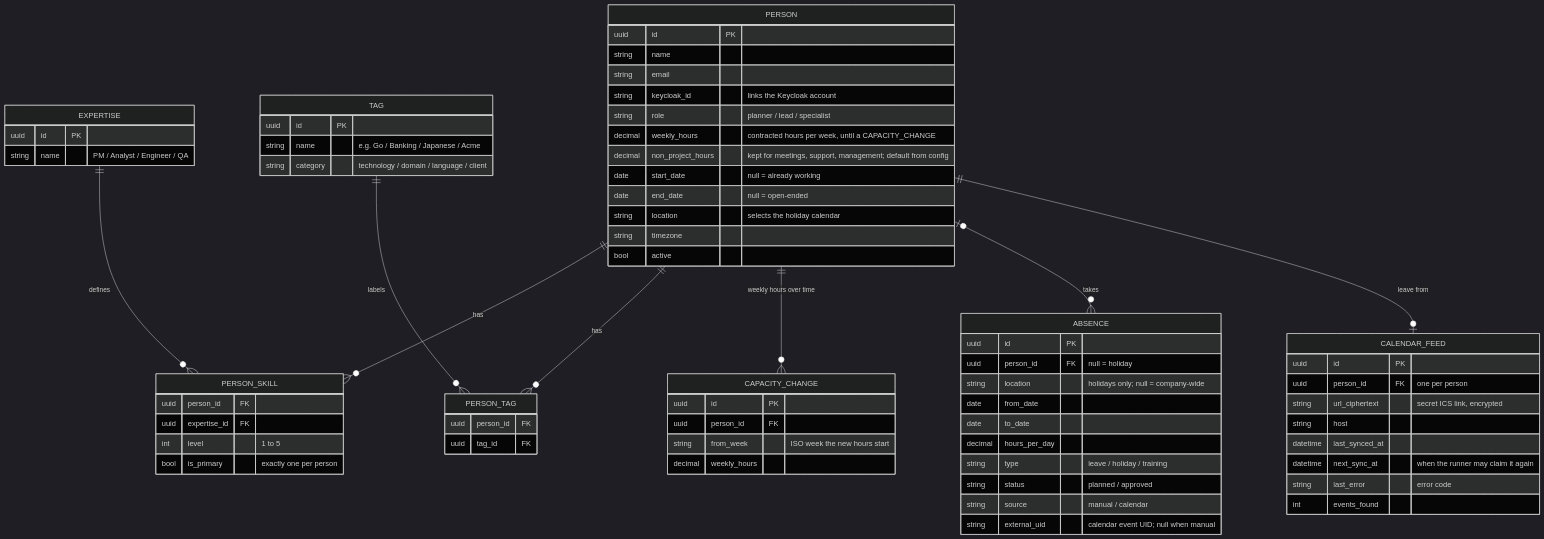
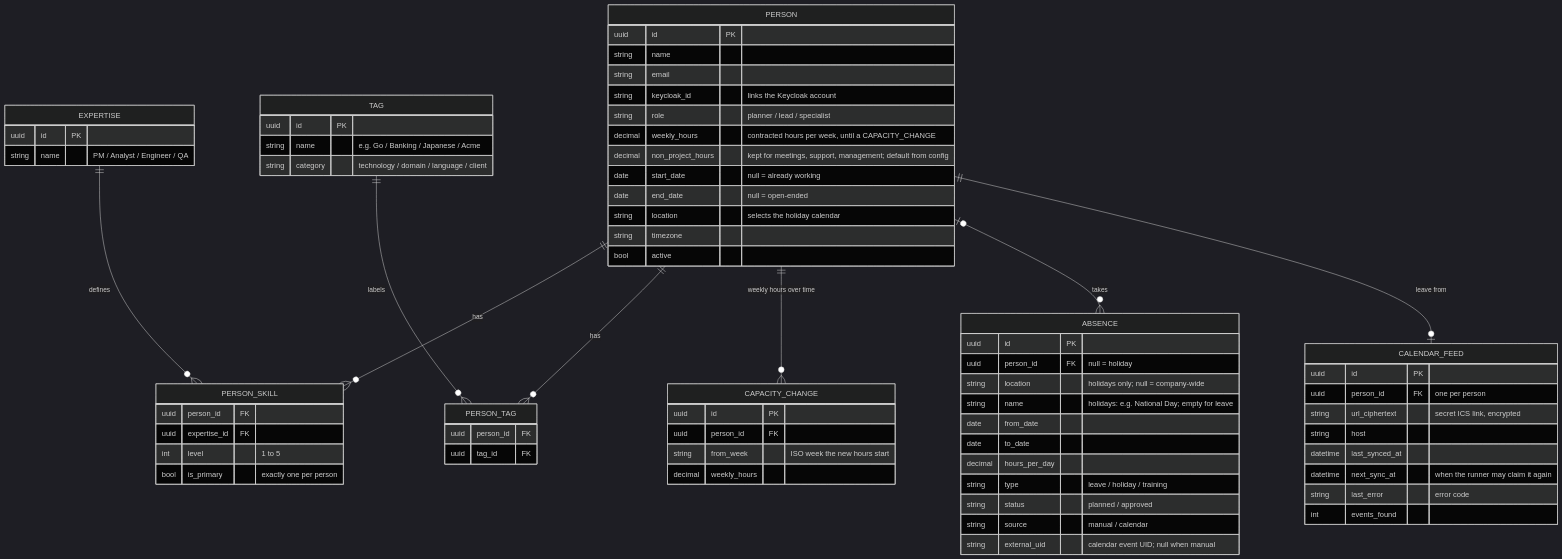
Before and after one commit to dophnamm/the-slot-finder: the fifth of 14 diagrams in README.md, drawn with Mermaid (dark theme). The commit also changed other lines of this file and 2 other files, not shown here.

````diff
--- a/README.md
+++ b/README.md
@@ -246,72 +246,73 @@
 ```mermaid
 erDiagram
   PERSON ||--o{ PERSON_SKILL : has
   EXPERTISE ||--o{ PERSON_SKILL : defines
   PERSON ||--o{ PERSON_TAG : has
   TAG ||--o{ PERSON_TAG : labels
   PERSON ||--o{ CAPACITY_CHANGE : "weekly hours over time"
   PERSON |o--o{ ABSENCE : takes
   PERSON ||--o| CALENDAR_FEED : "leave from"
 
   PERSON {
     uuid id PK
     string name
     string email
     string keycloak_id "links the Keycloak account"
     string role "planner / lead / specialist"
     decimal weekly_hours "contracted hours per week, until a CAPACITY_CHANGE"
     decimal non_project_hours "kept for meetings, support, management; default from config"
     date start_date "null = already working"
     date end_date "null = open-ended"
     string location "selects the holiday calendar"
     string timezone
     bool active
   }
   PERSON_SKILL {
     uuid person_id FK
     uuid expertise_id FK
     int level "1 to 5"
     bool is_primary "exactly one per person"
   }
   EXPERTISE {
     uuid id PK
     string name "PM / Analyst / Engineer / QA"
   }
   PERSON_TAG {
     uuid person_id FK
     uuid tag_id FK
   }
   TAG {
     uuid id PK
     string name "e.g. Go / Banking / Japanese / Acme"
     string category "technology / domain / language / client"
   }
   CAPACITY_CHANGE {
     uuid id PK
     uuid person_id FK
     string from_week "ISO week the new hours start"
     decimal weekly_hours
   }
   ABSENCE {
     uuid id PK
     uuid person_id FK "null = holiday"
     string location "holidays only; null = company-wide"
+    string name "holidays: e.g. National Day; empty for leave"
     date from_date
     date to_date
     decimal hours_per_day
     string type "leave / holiday / training"
     string status "planned / approved"
     string source "manual / calendar"
     string external_uid "calendar event UID; null when manual"
   }
   CALENDAR_FEED {
     uuid id PK
     uuid person_id FK "one per person"
     string url_ciphertext "secret ICS link, encrypted"
     string host
     datetime last_synced_at
     datetime next_sync_at "when the runner may claim it again"
     string last_error "error code"
     int events_found
   }
 ```
````
